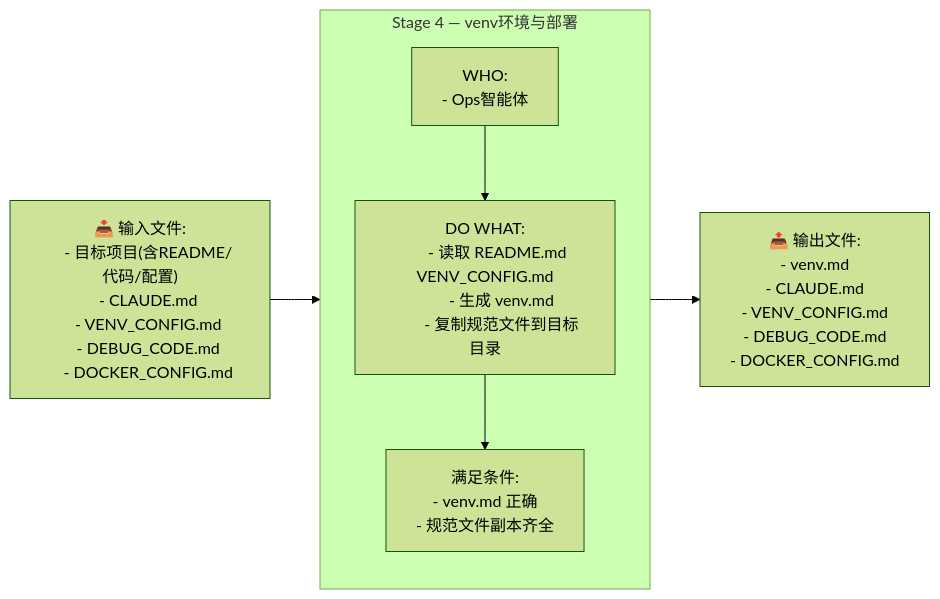
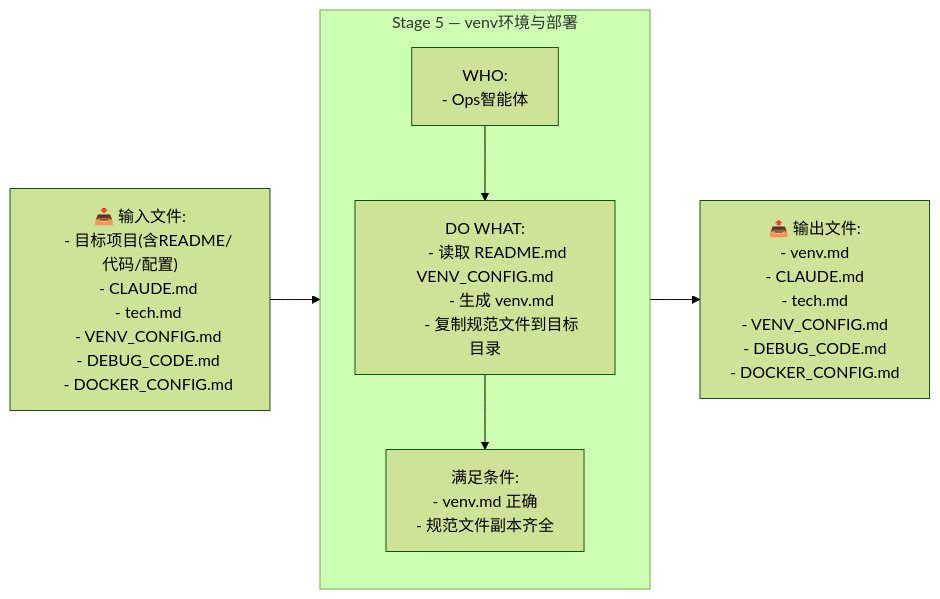
The sixth of 17 diagrams in README.md (ouyangshixiong/context-engineering-zh), drawn with Mermaid (forest theme) before and after one commit. The commit also changed other lines of this file, not shown here.

````diff
--- a/README.md
+++ b/README.md
@@ -244,37 +291,39 @@
 ```mermaid
 flowchart LR
     %% ================= Stage 4 =================
-    I4["📥 输入文件:
+    I5["📥 输入文件:
     - 目标项目(含README/代码/配置)
     - CLAUDE.md
+    - tech.md
     - VENV_CONFIG.md
     - DEBUG_CODE.md
     - DOCKER_CONFIG.md"]
 
-    O4["📤 输出文件:
+    O5["📤 输出文件:
     - venv.md
     - CLAUDE.md
+    - tech.md
     - VENV_CONFIG.md
     - DEBUG_CODE.md
     - DOCKER_CONFIG.md"]
 
-    subgraph S4["Stage 4 — venv环境与部署"]
+    subgraph S5["Stage 5 — venv环境与部署"]
         direction TB
-        W4["WHO:
+        W5["WHO:
         - Ops智能体"]
 
-        A4["DO WHAT:
+        A5["DO WHAT:
         - 读取 README.md  VENV_CONFIG.md
         - 生成 venv.md
         - 复制规范文件到目标目录"]
 
-        V4["满足条件:
+        V5["满足条件:
         - venv.md 正确
         - 规范文件副本齐全"]
 
-        W4 --> A4 --> V4
+        W5 --> A5 --> V5
     end
 
-    I4 --> S4 --> O4
+    I5 --> S5 --> O5
 
 ```
````
